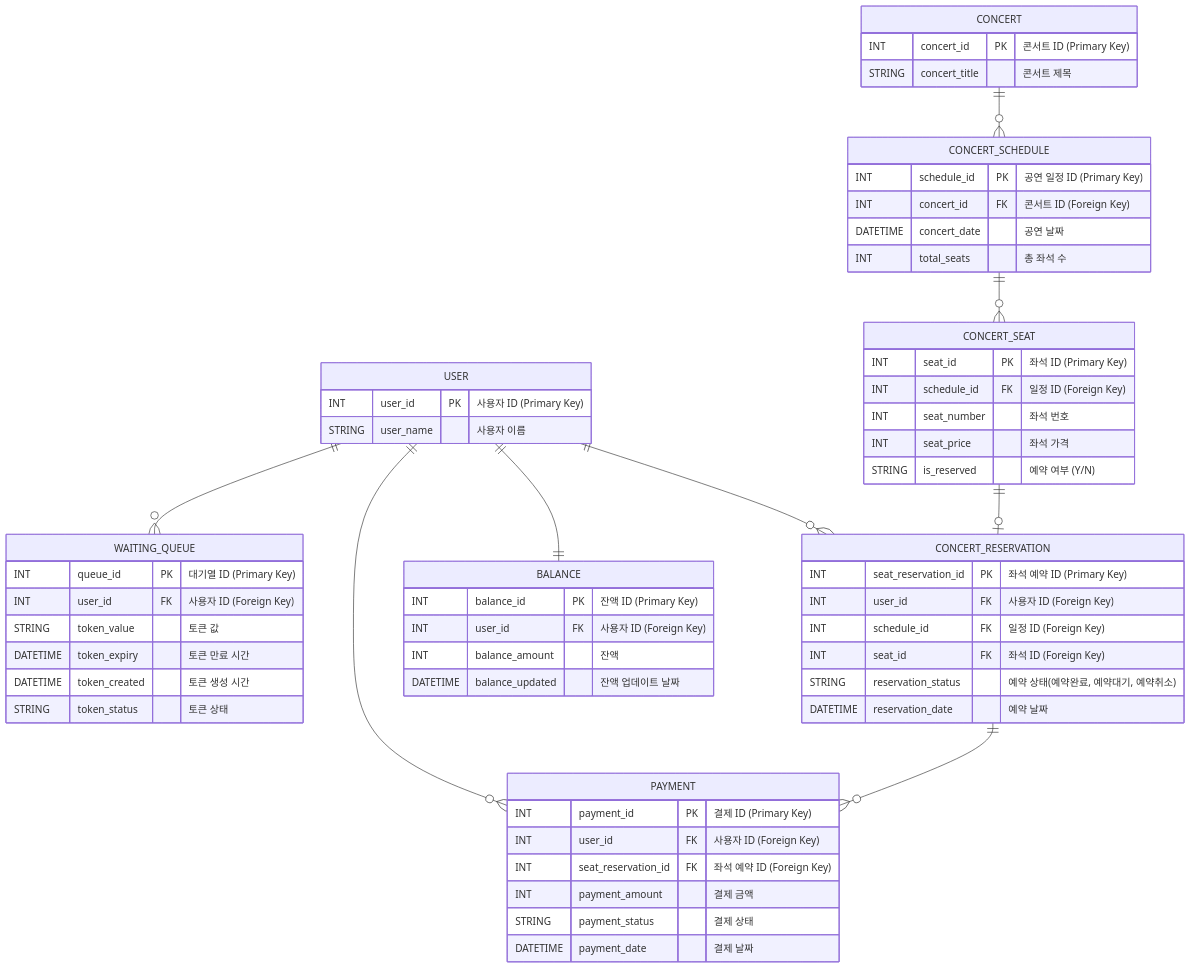
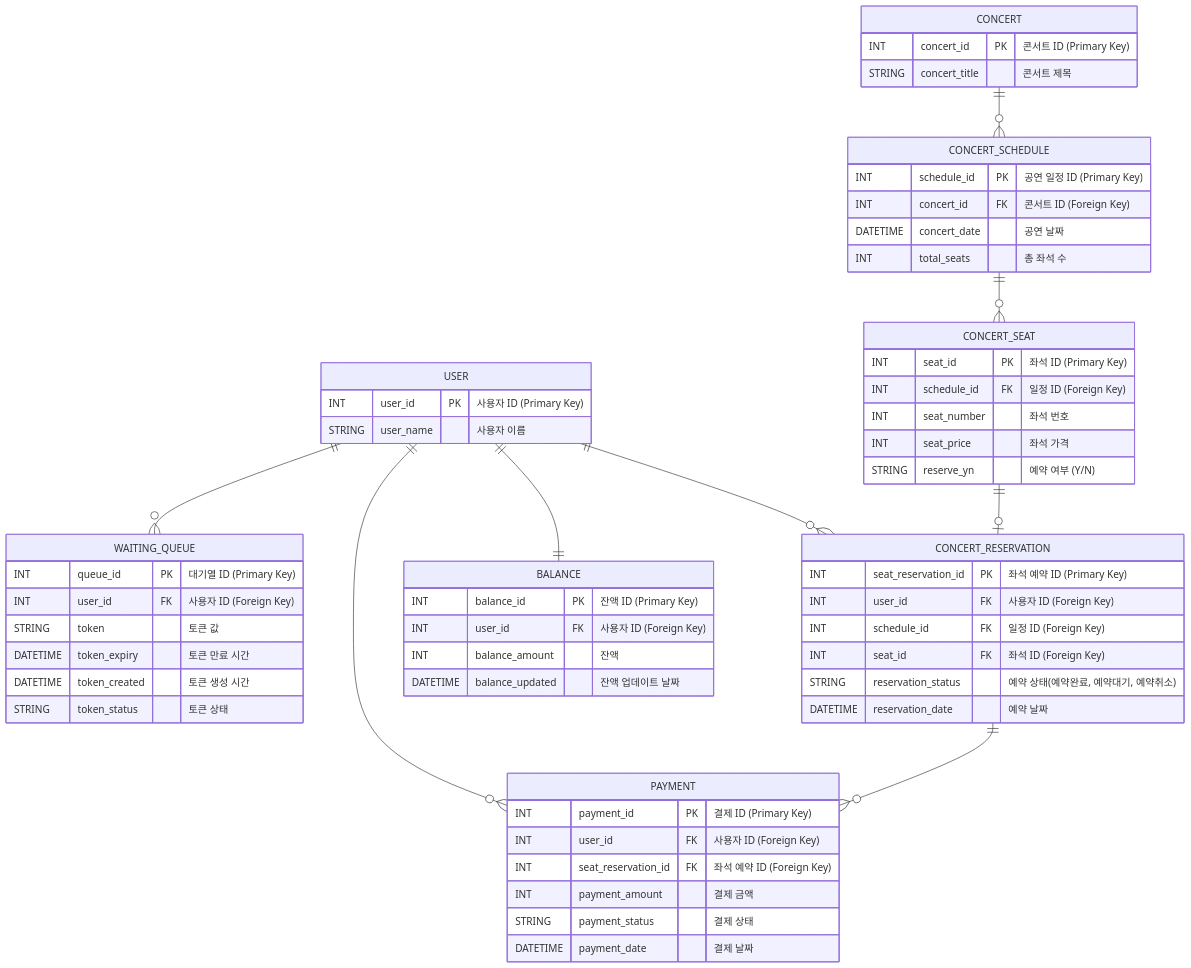
One commit to seungwontech/hhplus-concert-week3-5 changed the diagram in docs/ERD.md. Above: the diagram before and after it, drawn with Mermaid.

Commit message:
style: 컬럼명 수정

````diff
--- a/docs/ERD.md
+++ b/docs/ERD.md
@@ -3,72 +3,72 @@
 ```mermaid
 erDiagram
     USER {
         INT user_id PK "사용자 ID (Primary Key)"
         STRING user_name "사용자 이름"
     }
 
     WAITING_QUEUE {
         INT queue_id PK "대기열 ID (Primary Key)"
         INT user_id FK "사용자 ID (Foreign Key)"
-        STRING token_value "토큰 값"
+        STRING token "토큰 값"
         DATETIME token_expiry "토큰 만료 시간"
         DATETIME token_created "토큰 생성 시간"
         STRING token_status "토큰 상태"
     }
 
     CONCERT {
         INT concert_id PK "콘서트 ID (Primary Key)"
         STRING concert_title "콘서트 제목"
     }
 
     CONCERT_SCHEDULE {
         INT schedule_id PK "공연 일정 ID (Primary Key)"
         INT concert_id FK "콘서트 ID (Foreign Key)"
         DATETIME concert_date "공연 날짜"
         INT total_seats "총 좌석 수"
     }
 
     CONCERT_SEAT {
         INT seat_id PK "좌석 ID (Primary Key)"
         INT schedule_id FK "일정 ID (Foreign Key)"
         INT seat_number "좌석 번호"
         INT seat_price "좌석 가격"
-        STRING is_reserved "예약 여부 (Y/N)"
+        STRING reserve_yn "예약 여부 (Y/N)"
     }
 
     CONCERT_RESERVATION {
         INT seat_reservation_id PK "좌석 예약 ID (Primary Key)"
         INT user_id FK "사용자 ID (Foreign Key)"
         INT schedule_id FK "일정 ID (Foreign Key)"
         INT seat_id FK "좌석 ID (Foreign Key)"
         STRING reservation_status "예약 상태(예약완료, 예약대기, 예약취소)"
         DATETIME reservation_date "예약 날짜"
     }
 
     PAYMENT {
         INT payment_id PK "결제 ID (Primary Key)"
         INT user_id FK "사용자 ID (Foreign Key)"
         INT seat_reservation_id FK "좌석 예약 ID (Foreign Key)"
         INT payment_amount "결제 금액"
         STRING payment_status "결제 상태"
         DATETIME payment_date "결제 날짜"
     }
 
     BALANCE {
         INT balance_id PK "잔액 ID (Primary Key)"
         INT user_id FK "사용자 ID (Foreign Key)"
         INT balance_amount "잔액"
         DATETIME balance_updated "잔액 업데이트 날짜"
     }
 
     CONCERT ||--o{ CONCERT_SCHEDULE : ""
     CONCERT_SCHEDULE ||--o{ CONCERT_SEAT : ""
     USER ||--o{ CONCERT_RESERVATION : ""
     USER ||--o{ PAYMENT : ""
     USER ||--o{ WAITING_QUEUE : ""
     CONCERT_SEAT ||--o| CONCERT_RESERVATION : ""
     CONCERT_RESERVATION ||--o{ PAYMENT : ""
     USER ||--|| BALANCE : ""
 
 
 ```
````
